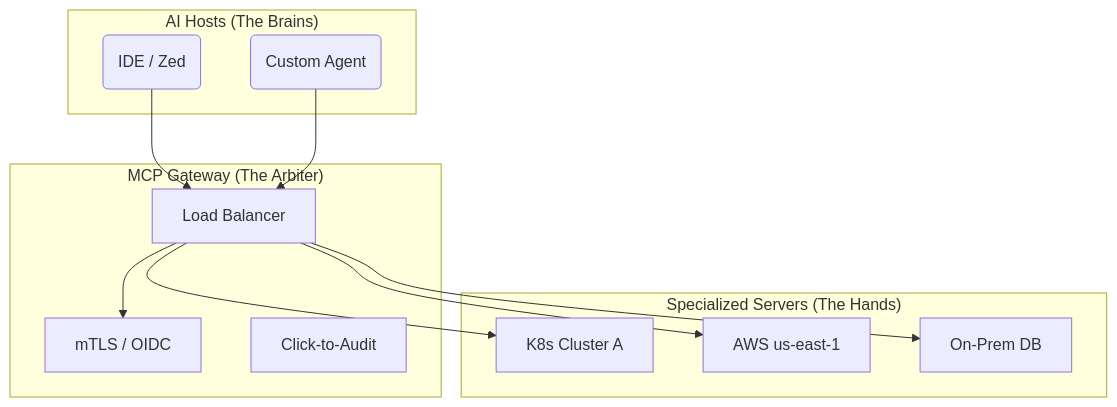
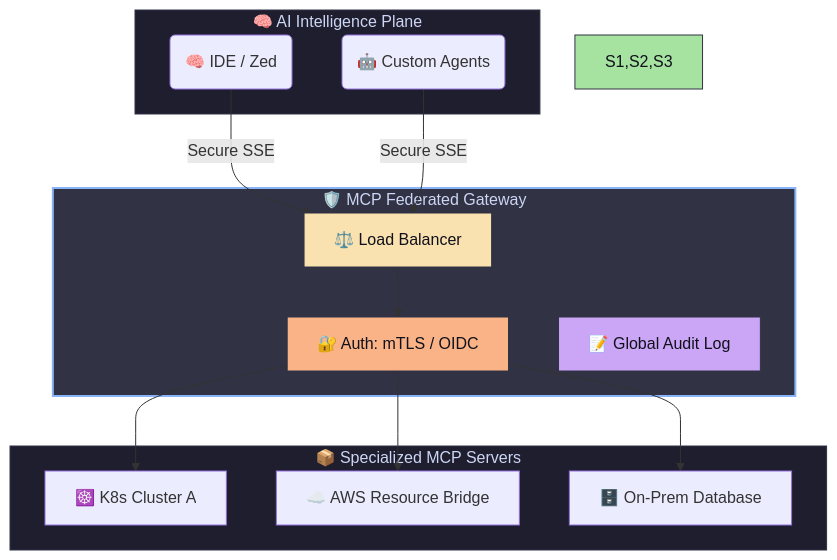
The diagram in 03-advanced/03-phase-3/03-mcp/readme.md (Ganil151/Devops), drawn with Mermaid before and after one commit. The commit also changed other lines of this file and 1 other file, not shown here.

Commit message:
docs(Devops): Update readme.md and 1 others
Changes summary:
- Modified: 2 files
  • 03-advanced/03-phase-3/02-prompt-engineering/readme.md
  • 03-advanced/03-phase-3/03-mcp/readme.md

````diff
--- a/03-advanced/03-phase-3/03-mcp/readme.md
+++ b/03-advanced/03-phase-3/03-mcp/readme.md
@@ -14,23 +14,35 @@
 ```mermaid
 graph TB
-    subgraph "AI Hosts (The Brains)"
-        H1(IDE / Zed)
-        H2(Custom Agent)
+    subgraph Host_Layer ["🧠 AI Intelligence Plane"]
+        H1(🧠 IDE / Zed)
+        H2(🤖 Custom Agents)
     end
     
-    subgraph "MCP Gateway (The Arbiter)"
-        GW[Load Balancer]
-        Auth[mTLS / OIDC]
-        Audit[Click-to-Audit]
+    subgraph Gateway_Layer ["🛡️ MCP Federated Gateway"]
+        GW[⚖️ Load Balancer]
+        Auth[🔐 Auth: mTLS / OIDC]
+        Audit[📝 Global Audit Log]
     end
     
-    subgraph "Specialized Servers (The Hands)"
-        S1[K8s Cluster A]
-        S2[AWS us-east-1]
-        S3[On-Prem DB]
+    subgraph Server_Layer ["📦 Specialized MCP Servers"]
+        S1[☸️ K8s Cluster A]
+        S2[☁️ AWS Resource Bridge]
+        S3[🗄️ On-Prem Database]
     end
     
-    H1 & H2 --> GW
+    %% Connections
+    H1 & H2 -->|Secure SSE| GW
     GW --> Auth
-    GW --> S1 & S2 & S3
+    Auth --> S1 & S2 & S3
+
+    %% Styling
+    style Host_Layer fill:#1e1e2e,stroke:#313244,color:#cdd6f4
+    style Gateway_Layer fill:#313244,stroke:#89b4fa,color:#cdd6f4,stroke-width:2px
+    style Server_Layer fill:#1e1e2e,stroke:#313244,color:#cdd6f4
+
+    style GW fill:#f9e2af,stroke:#313244,color:#11111b
+    style Auth fill:#fab387,stroke:#313244,color:#11111b
+    style Audit fill:#cba6f7,stroke:#313244,color:#11111b
+    
+    style S1,S2,S3 fill:#a6e3a1,stroke:#313244,color:#11111b
 ```
````
